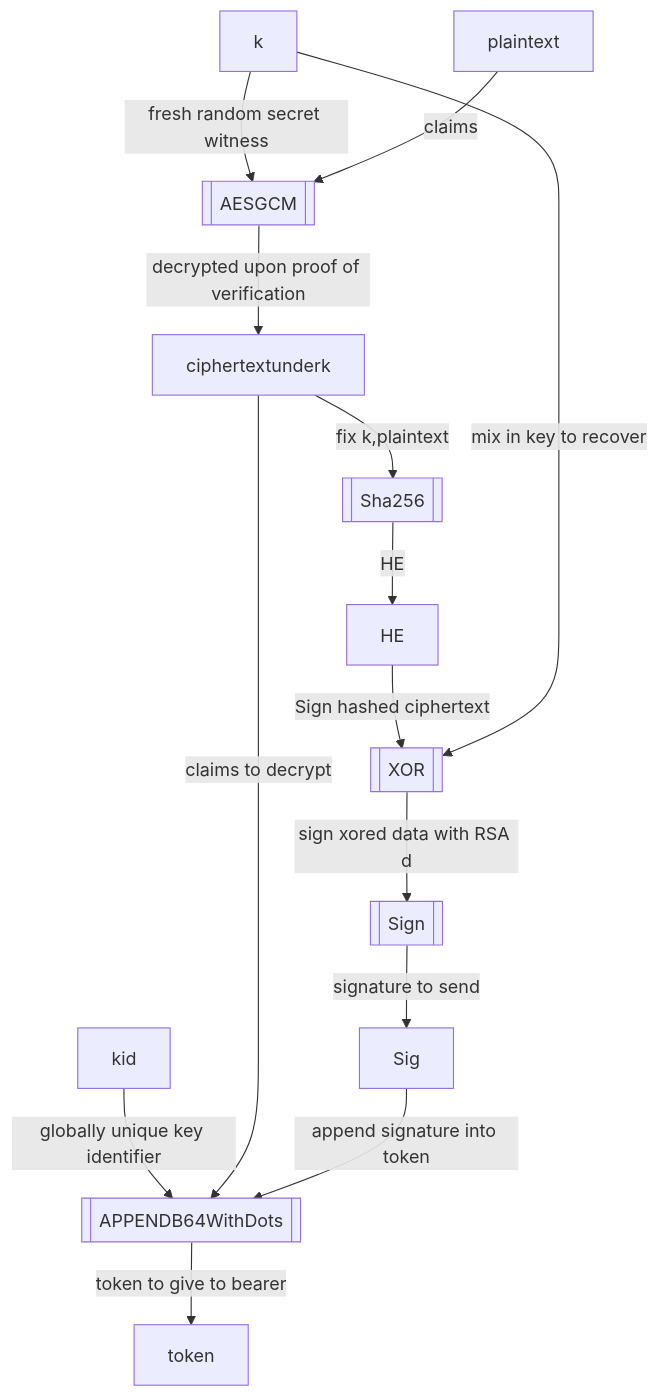
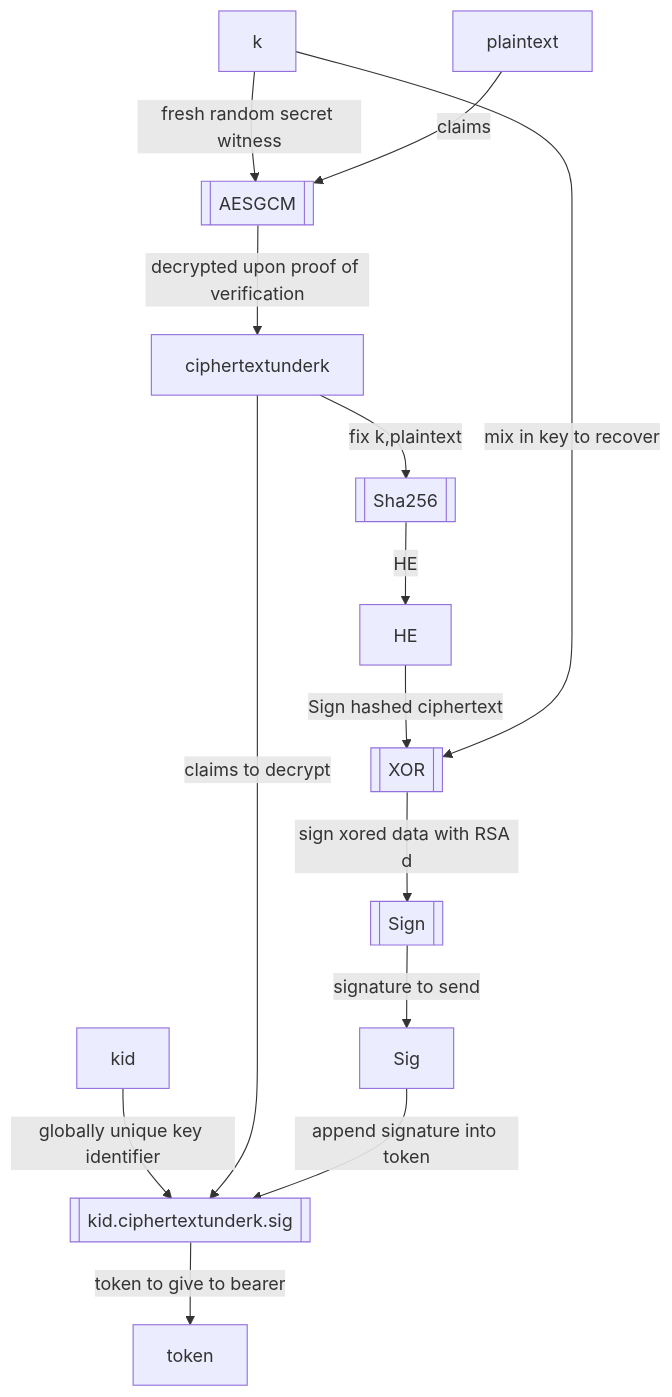
Before and after one commit to rfielding/whiskeyTango: the second of 2 diagrams in README.md, drawn with Mermaid.

Commit message:
update diagram

````diff
--- a/README.md
+++ b/README.md
@@ -94,21 +94,21 @@
 ```mermaid
 flowchart TB
   AESGCM[[AESGCM]]
-  APPENDB64WithDots[[APPENDB64WithDots]]
+  APPENDB64WithDots[[kid.ciphertextunderk.sig]]
   k-- fresh random secret witness -->AESGCM
   plaintext-- claims -->AESGCM
   AESGCM-- decrypted upon proof of verification -->ciphertextunderk
   kid-- globally unique key identifier -->APPENDB64WithDots
   ciphertextunderk-- claims to decrypt -->APPENDB64WithDots
   APPENDB64WithDots-- token to give to bearer -->token
   Sha256[[Sha256]]
   ciphertextunderk-- fix k,plaintext -->Sha256
   XOR[[XOR]]
   Sign[[Sign]]
   Sha256-- HE -->HE
   HE-- Sign hashed ciphertext  -->XOR
   k-- mix in key to recover -->XOR
   XOR-- sign xored data with RSA d -->Sign
   Sign-- signature to send -->Sig
   Sig-- append signature into token -->APPENDB64WithDots
 ```
````
